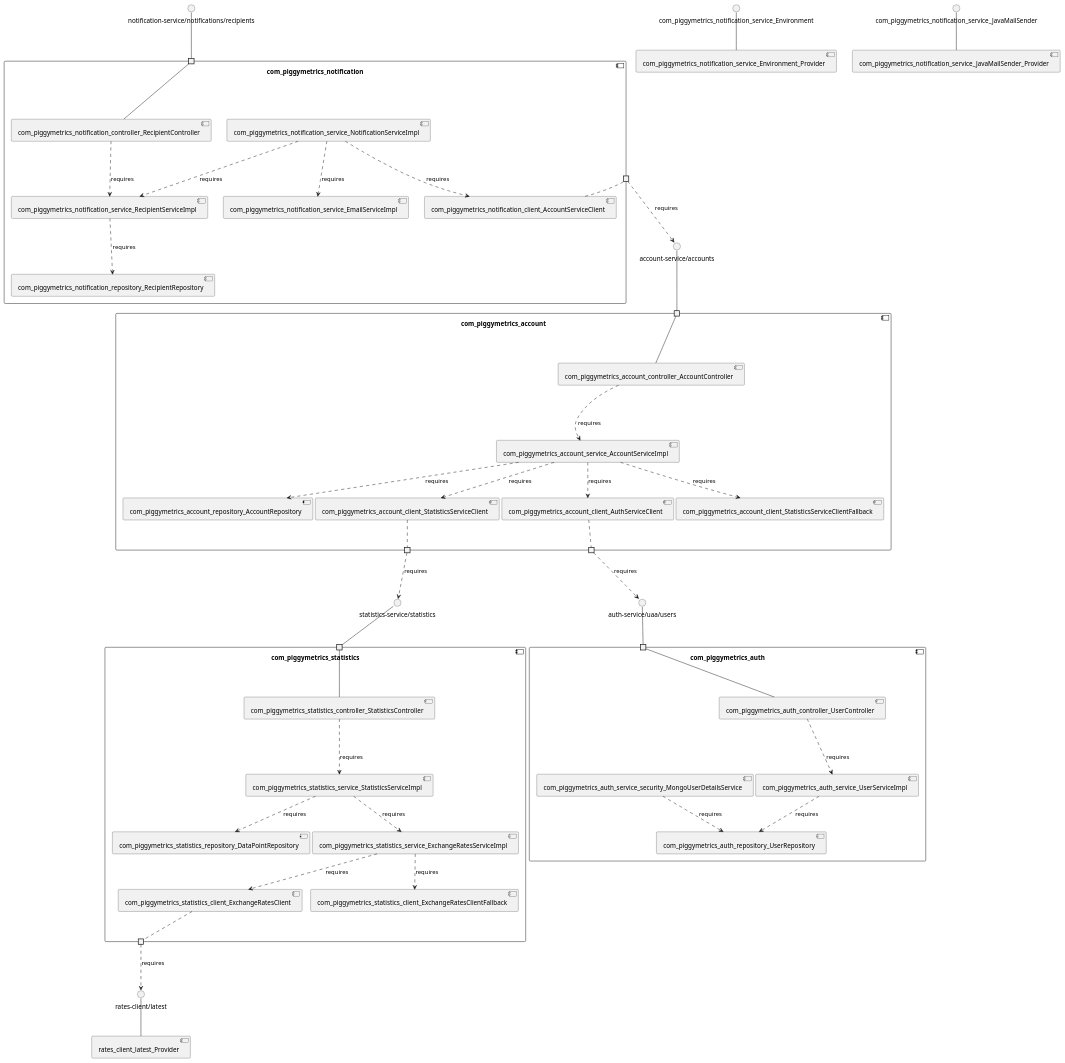
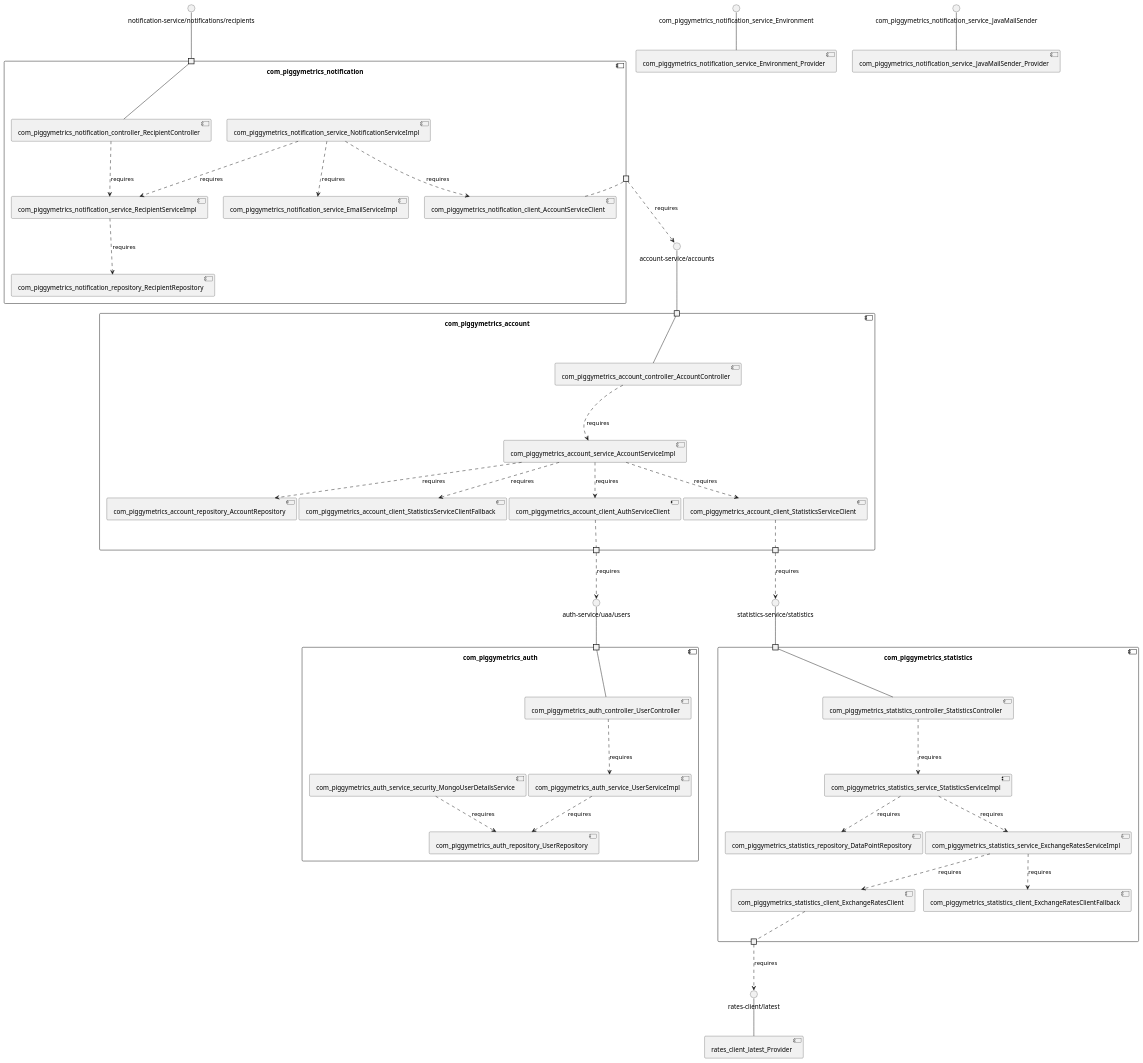
Before and after one commit to View-Based-Reverse-Engineering/Retriever-Benchmark: the diagram in sqshq-piggymetrics/model_re/uml/componentDiagram.puml, drawn with PlantUML. The commit also changed other lines of this file and 150 other files, not shown here.

```diff
--- a/sqshq-piggymetrics/model_re/uml/componentDiagram.puml
+++ b/sqshq-piggymetrics/model_re/uml/componentDiagram.puml
@@ -1,91 +1,91 @@
 @startuml
 skinparam fixCircleLabelOverlapping true
 skinparam componentStyle uml2
 component "com_piggymetrics_account\n\n\n\n\n\n" {
-[com_piggymetrics_account_client_StatisticsServiceClientFallback]
-[com_piggymetrics_account_repository_AccountRepository]
-[com_piggymetrics_account_controller_AccountController]
-[com_piggymetrics_account_client_AuthServiceClient]
 [com_piggymetrics_account_client_StatisticsServiceClient]
 [com_piggymetrics_account_service_AccountServiceImpl]
+[com_piggymetrics_account_repository_AccountRepository]
+[com_piggymetrics_account_client_StatisticsServiceClientFallback]
+[com_piggymetrics_account_client_AuthServiceClient]
+[com_piggymetrics_account_controller_AccountController]
 portin " " as com_piggymetrics_account_requires_account_service_accounts
+portout " " as com_piggymetrics_account_provides_auth_service_uaa_users
 portout " " as com_piggymetrics_account_provides_statistics_service_statistics
-portout " " as com_piggymetrics_account_provides_auth_service_uaa_users
-[com_piggymetrics_account_service_AccountServiceImpl]..>[com_piggymetrics_account_repository_AccountRepository] : requires
-[com_piggymetrics_account_controller_AccountController]..>[com_piggymetrics_account_service_AccountServiceImpl] : requires
 [com_piggymetrics_account_service_AccountServiceImpl]..>[com_piggymetrics_account_client_StatisticsServiceClient] : requires
 [com_piggymetrics_account_service_AccountServiceImpl]..>[com_piggymetrics_account_client_StatisticsServiceClientFallback] : requires
 [com_piggymetrics_account_service_AccountServiceImpl]..>[com_piggymetrics_account_client_AuthServiceClient] : requires
+[com_piggymetrics_account_controller_AccountController]..>[com_piggymetrics_account_service_AccountServiceImpl] : requires
+[com_piggymetrics_account_service_AccountServiceImpl]..>[com_piggymetrics_account_repository_AccountRepository] : requires
 "com_piggymetrics_account_requires_account_service_accounts"--[com_piggymetrics_account_controller_AccountController]
+[com_piggymetrics_account_client_StatisticsServiceClient].."com_piggymetrics_account_provides_statistics_service_statistics"
 [com_piggymetrics_account_client_AuthServiceClient].."com_piggymetrics_account_provides_auth_service_uaa_users"
-[com_piggymetrics_account_client_StatisticsServiceClient].."com_piggymetrics_account_provides_statistics_service_statistics"
 }
 interface "account-service/accounts" as interface.account_service_accounts
 interface.account_service_accounts--"com_piggymetrics_account_requires_account_service_accounts"
 interface "auth-service/uaa/users" as interface.auth_service_uaa_users
 "com_piggymetrics_account_provides_auth_service_uaa_users"..>interface.auth_service_uaa_users : requires
 interface "statistics-service/statistics" as interface.statistics_service_statistics
 "com_piggymetrics_account_provides_statistics_service_statistics"..>interface.statistics_service_statistics : requires
 component "com_piggymetrics_auth\n\n\n\n\n\n" {
 [com_piggymetrics_auth_service_security_MongoUserDetailsService]
+[com_piggymetrics_auth_service_UserServiceImpl]
 [com_piggymetrics_auth_repository_UserRepository]
-[com_piggymetrics_auth_service_UserServiceImpl]
 [com_piggymetrics_auth_controller_UserController]
 portin " " as com_piggymetrics_auth_requires_auth_service_uaa_users
+[com_piggymetrics_auth_controller_UserController]..>[com_piggymetrics_auth_service_UserServiceImpl] : requires
 [com_piggymetrics_auth_service_security_MongoUserDetailsService]..>[com_piggymetrics_auth_repository_UserRepository] : requires
-[com_piggymetrics_auth_controller_UserController]..>[com_piggymetrics_auth_service_UserServiceImpl] : requires
 [com_piggymetrics_auth_service_UserServiceImpl]..>[com_piggymetrics_auth_repository_UserRepository] : requires
 "com_piggymetrics_auth_requires_auth_service_uaa_users"--[com_piggymetrics_auth_controller_UserController]
 }
 interface "auth-service/uaa/users" as interface.auth_service_uaa_users
 interface.auth_service_uaa_users--"com_piggymetrics_auth_requires_auth_service_uaa_users"
 component "com_piggymetrics_notification\n\n\n\n\n\n" {
+[com_piggymetrics_notification_repository_RecipientRepository]
+[com_piggymetrics_notification_service_RecipientServiceImpl]
+[com_piggymetrics_notification_controller_RecipientController]
+[com_piggymetrics_notification_service_EmailServiceImpl]
 [com_piggymetrics_notification_client_AccountServiceClient]
 [com_piggymetrics_notification_service_NotificationServiceImpl]
-[com_piggymetrics_notification_repository_RecipientRepository]
-[com_piggymetrics_notification_controller_RecipientController]
-[com_piggymetrics_notification_service_RecipientServiceImpl]
-[com_piggymetrics_notification_service_EmailServiceImpl]
 portin " " as com_piggymetrics_notification_requires_notification_service_notifications_recipients
 portout " " as com_piggymetrics_notification_provides_account_service_accounts
-[com_piggymetrics_notification_service_NotificationServiceImpl]..>[com_piggymetrics_notification_service_EmailServiceImpl] : requires
+[com_piggymetrics_notification_service_NotificationServiceImpl]..>[com_piggymetrics_notification_client_AccountServiceClient] : requires
+[com_piggymetrics_notification_controller_RecipientController]..>[com_piggymetrics_notification_service_RecipientServiceImpl] : requires
 [com_piggymetrics_notification_service_NotificationServiceImpl]..>[com_piggymetrics_notification_service_RecipientServiceImpl] : requires
 [com_piggymetrics_notification_service_RecipientServiceImpl]..>[com_piggymetrics_notification_repository_RecipientRepository] : requires
-[com_piggymetrics_notification_controller_RecipientController]..>[com_piggymetrics_notification_service_RecipientServiceImpl] : requires
-[com_piggymetrics_notification_service_NotificationServiceImpl]..>[com_piggymetrics_notification_client_AccountServiceClient] : requires
+[com_piggymetrics_notification_service_NotificationServiceImpl]..>[com_piggymetrics_notification_service_EmailServiceImpl] : requires
 "com_piggymetrics_notification_requires_notification_service_notifications_recipients"--[com_piggymetrics_notification_controller_RecipientController]
 [com_piggymetrics_notification_client_AccountServiceClient].."com_piggymetrics_notification_provides_account_service_accounts"
 }
 interface "notification-service/notifications/recipients" as interface.notification_service_notifications_recipients
 interface.notification_service_notifications_recipients--"com_piggymetrics_notification_requires_notification_service_notifications_recipients"
 interface "account-service/accounts" as interface.account_service_accounts
 "com_piggymetrics_notification_provides_account_service_accounts"..>interface.account_service_accounts : requires
 component "com_piggymetrics_statistics\n\n\n\n\n\n" {
+[com_piggymetrics_statistics_controller_StatisticsController]
+[com_piggymetrics_statistics_service_StatisticsServiceImpl]
+[com_piggymetrics_statistics_client_ExchangeRatesClientFallback]
 [com_piggymetrics_statistics_service_ExchangeRatesServiceImpl]
+[com_piggymetrics_statistics_client_ExchangeRatesClient]
 [com_piggymetrics_statistics_repository_DataPointRepository]
-[com_piggymetrics_statistics_client_ExchangeRatesClientFallback]
-[com_piggymetrics_statistics_client_ExchangeRatesClient]
-[com_piggymetrics_statistics_service_StatisticsServiceImpl]
-[com_piggymetrics_statistics_controller_StatisticsController]
 portin " " as com_piggymetrics_statistics_requires_statistics_service_statistics
 portout " " as com_piggymetrics_statistics_provides_rates_client_latest
+[com_piggymetrics_statistics_controller_StatisticsController]..>[com_piggymetrics_statistics_service_StatisticsServiceImpl] : requires
+[com_piggymetrics_statistics_service_StatisticsServiceImpl]..>[com_piggymetrics_statistics_service_ExchangeRatesServiceImpl] : requires
 [com_piggymetrics_statistics_service_ExchangeRatesServiceImpl]..>[com_piggymetrics_statistics_client_ExchangeRatesClientFallback] : requires
+[com_piggymetrics_statistics_service_StatisticsServiceImpl]..>[com_piggymetrics_statistics_repository_DataPointRepository] : requires
 [com_piggymetrics_statistics_service_ExchangeRatesServiceImpl]..>[com_piggymetrics_statistics_client_ExchangeRatesClient] : requires
-[com_piggymetrics_statistics_service_StatisticsServiceImpl]..>[com_piggymetrics_statistics_service_ExchangeRatesServiceImpl] : requires
-[com_piggymetrics_statistics_controller_StatisticsController]..>[com_piggymetrics_statistics_service_StatisticsServiceImpl] : requires
-[com_piggymetrics_statistics_service_StatisticsServiceImpl]..>[com_piggymetrics_statistics_repository_DataPointRepository] : requires
 "com_piggymetrics_statistics_requires_statistics_service_statistics"--[com_piggymetrics_statistics_controller_StatisticsController]
 [com_piggymetrics_statistics_client_ExchangeRatesClient].."com_piggymetrics_statistics_provides_rates_client_latest"
 }
 interface "statistics-service/statistics" as interface.statistics_service_statistics
 interface.statistics_service_statistics--"com_piggymetrics_statistics_requires_statistics_service_statistics"
 interface "rates-client/latest" as interface.rates_client_latest
 "com_piggymetrics_statistics_provides_rates_client_latest"..>interface.rates_client_latest : requires
 interface "com_piggymetrics_notification_service_Environment" as interface.com_piggymetrics_notification_service_Environment
 interface.com_piggymetrics_notification_service_Environment--[com_piggymetrics_notification_service_Environment_Provider]
 interface "com_piggymetrics_notification_service_JavaMailSender" as interface.com_piggymetrics_notification_service_JavaMailSender
 interface.com_piggymetrics_notification_service_JavaMailSender--[com_piggymetrics_notification_service_JavaMailSender_Provider]
 interface "rates-client/latest" as interface.rates_client_latest
 interface.rates_client_latest--[rates_client_latest_Provider]
 
 @enduml
```
